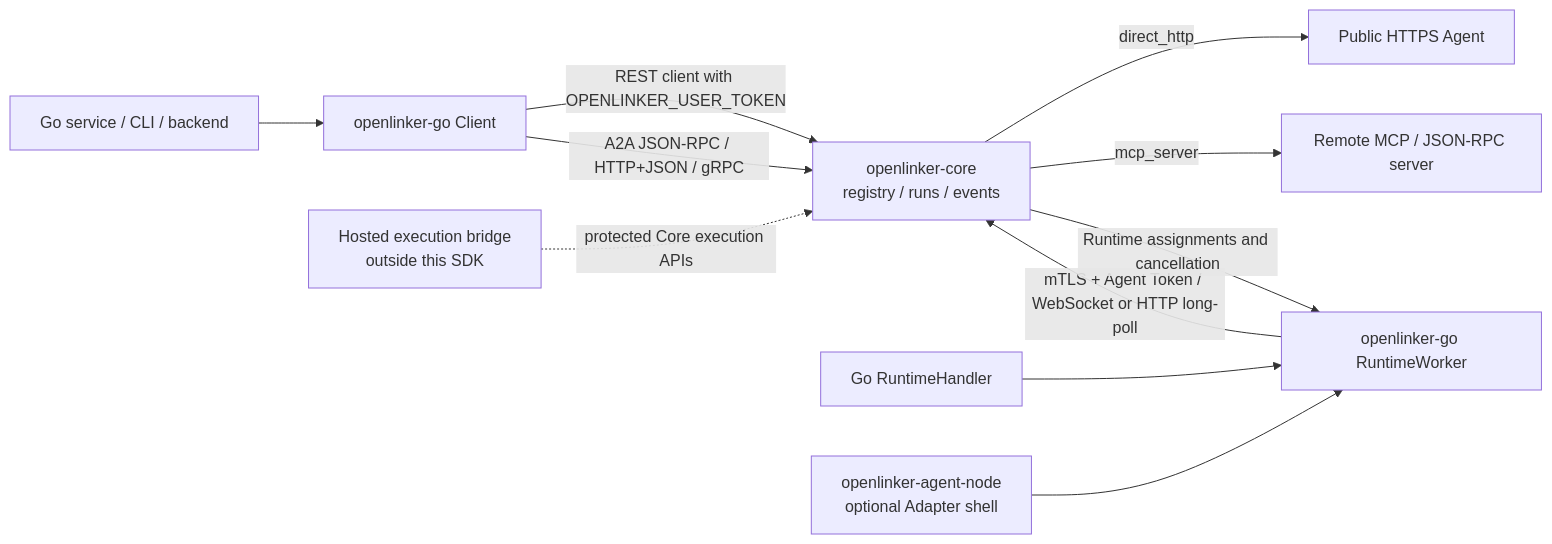
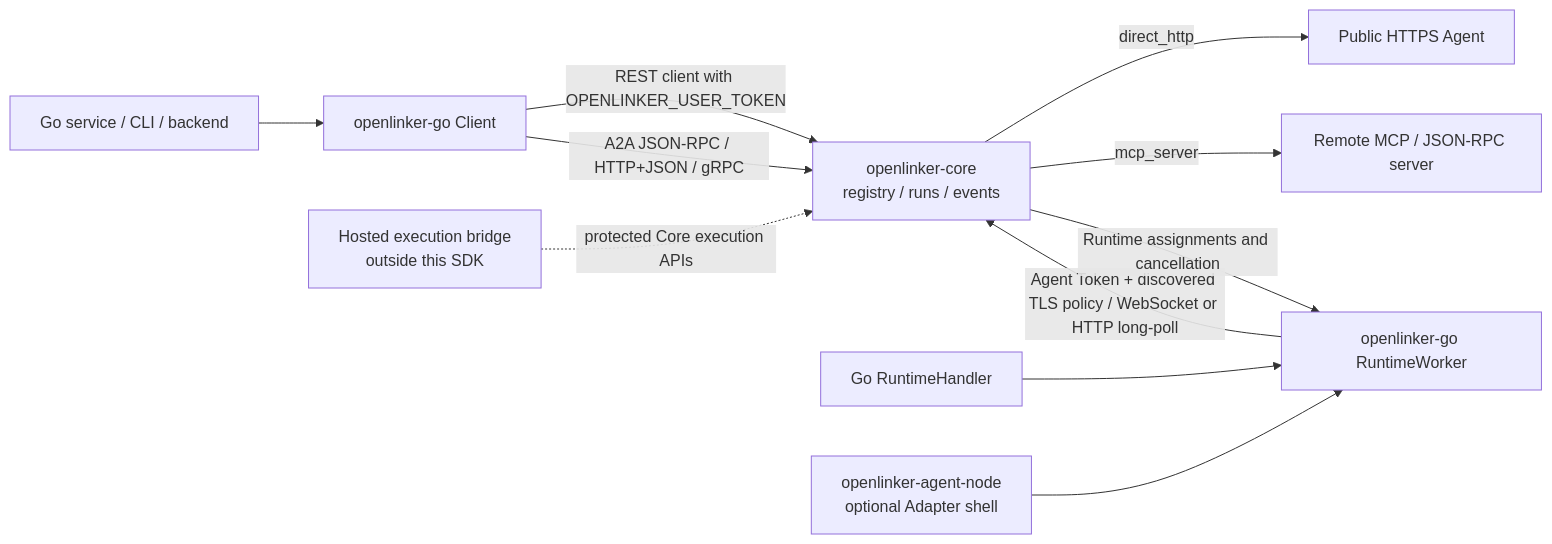
Before and after one commit to OpenLinker-ai/openlinker-go: the diagram in README.md, drawn with Mermaid. The commit also changed other lines of this file and 10 other files, not shown here.

Commit message:
docs(runtime): make discovered security policy explicit

````diff
--- a/README.md
+++ b/README.md
@@ -99,15 +99,15 @@
 ```mermaid
 flowchart LR
   Service["Go service / CLI / backend"] --> ClientSDK["openlinker-go Client"]
   ClientSDK -->|"REST client with OPENLINKER_USER_TOKEN"| Core["openlinker-core<br/>registry / runs / events"]
   ClientSDK -->|"A2A JSON-RPC / HTTP+JSON / gRPC"| Core
   AppHandler["Go RuntimeHandler"] --> RuntimeSDK["openlinker-go RuntimeWorker"]
   AgentNode["openlinker-agent-node<br/>optional Adapter shell"] --> RuntimeSDK
-  RuntimeSDK -->|"mTLS + Agent Token / WebSocket or HTTP long-poll"| Core
+  RuntimeSDK -->|"Agent Token + discovered TLS policy / WebSocket or HTTP long-poll"| Core
 
   HostedBridge["Hosted execution bridge<br/>outside this SDK"] -.->|"protected Core execution APIs"| Core
 
   Core -->|"direct_http"| HTTPAgent["Public HTTPS Agent"]
   Core -->|"mcp_server"| MCPAgent["Remote MCP / JSON-RPC server"]
   Core -->|"Runtime assignments and cancellation"| RuntimeSDK
 ```
````
